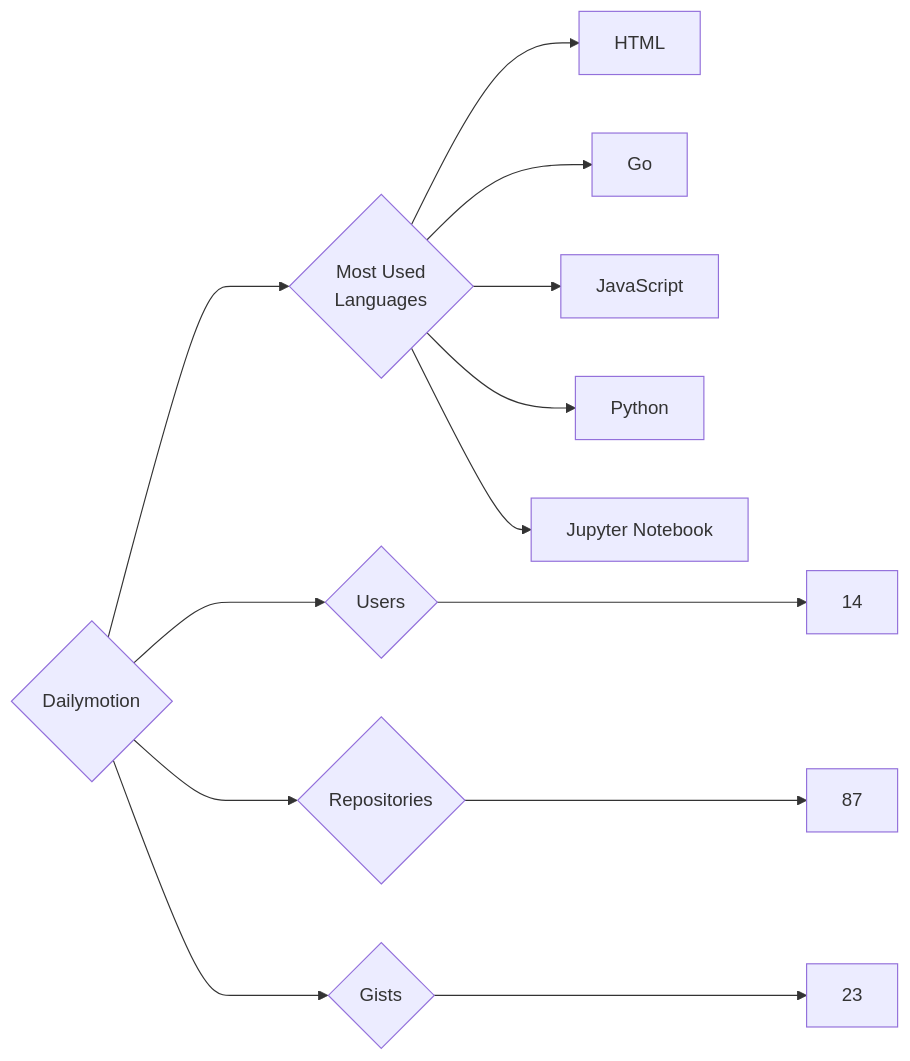
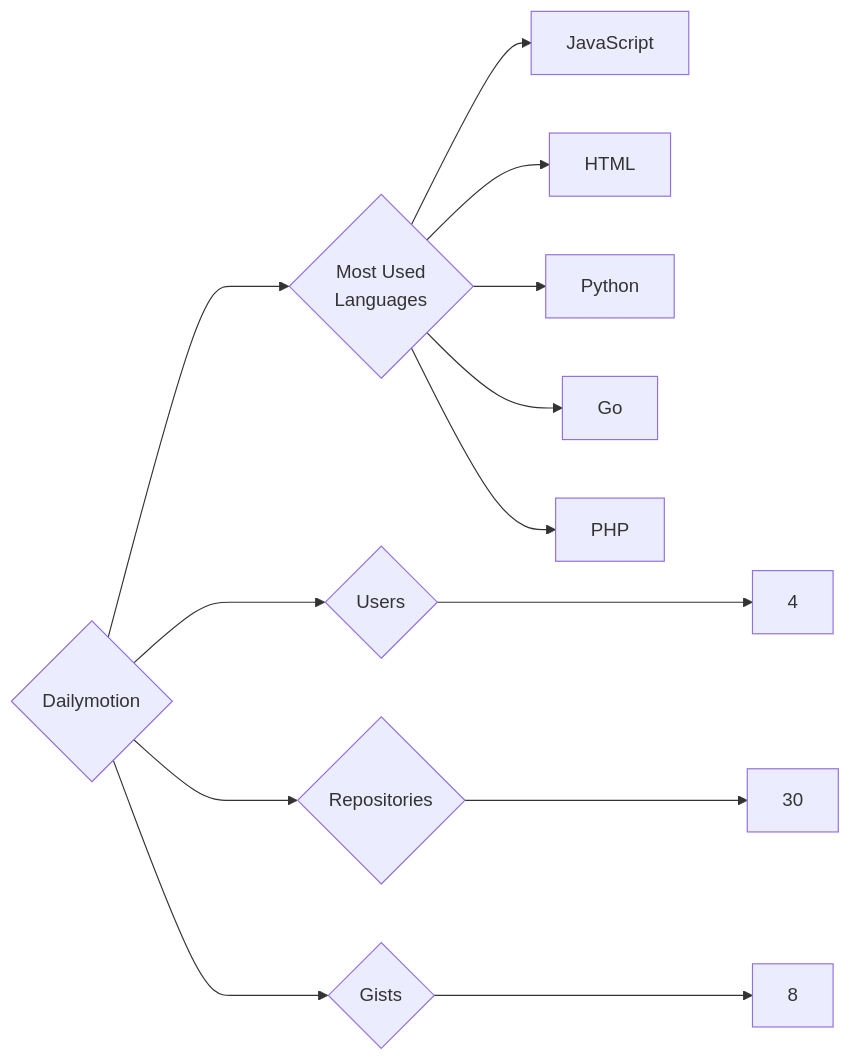
One commit to trickest/insiders changed the diagram in targets/Dailymotion/README.md. Above: the diagram before and after it, drawn with Mermaid. The commit also changed 914 other files, not shown here.

````diff
--- a/targets/Dailymotion/README.md
+++ b/targets/Dailymotion/README.md
@@ -3,13 +3,13 @@
 ```mermaid
 graph LR
 COMPANY_NAME{Dailymotion}
-COMPANY_NAME ---> U{Users} ---> UN[14]
-COMPANY_NAME ---> R{Repositories} ---> RN[87]
-COMPANY_NAME ---> G{Gists} ---> GN[23]
+COMPANY_NAME ---> U{Users} ---> UN[4]
+COMPANY_NAME ---> R{Repositories} ---> RN[30]
+COMPANY_NAME ---> G{Gists} ---> GN[8]
 COMPANY_NAME ---> ML{Most Used<br>Languages}
+ML --> JavaScript[JavaScript]
 ML --> HTML[HTML]
+ML --> Python[Python]
 ML --> Go[Go]
-ML --> JavaScript[JavaScript]
-ML --> Python[Python]
-ML --> Jupyter_Notebook[Jupyter Notebook]
+ML --> PHP[PHP]
 ```
````
